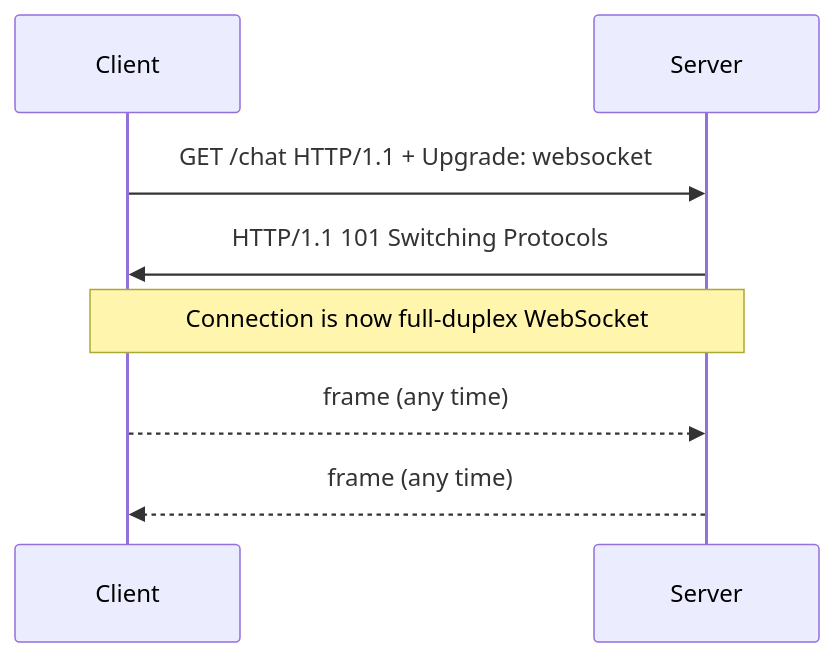
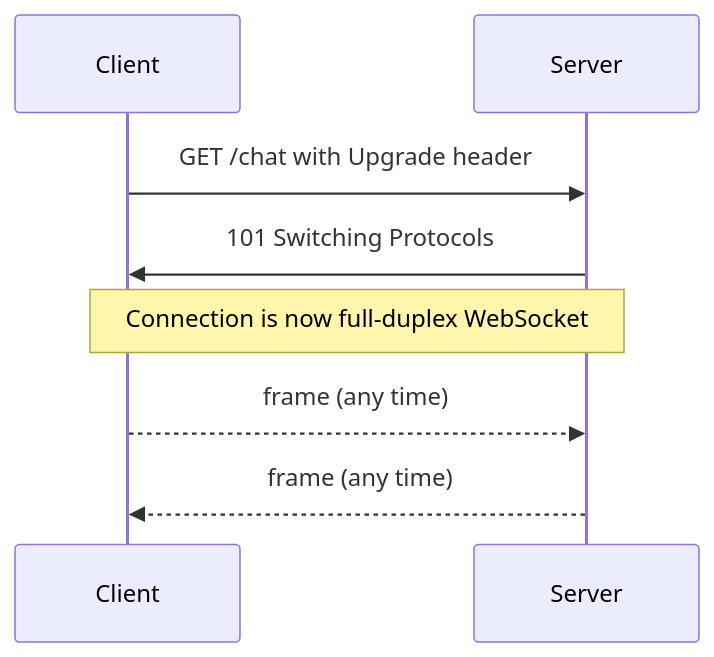
One commit to apolzek/apolzek.github.io changed the seventh of 9 diagrams in _posts/2026-05-29-the-networking-refresher.md. Above: the diagram before and after it, drawn with Mermaid. The commit also changed other lines of this file, not shown here.

First line of the commit message:
fix: make Mermaid diagrams render on the theme

````diff
--- a/_posts/2026-05-29-the-networking-refresher.md
+++ b/_posts/2026-05-29-the-networking-refresher.md
@@ -769,10 +772,10 @@
 ```mermaid
 sequenceDiagram
   participant C as Client
   participant S as Server
-  C->>S: GET /chat HTTP/1.1 + Upgrade: websocket
-  S->>C: HTTP/1.1 101 Switching Protocols
+  C->>S: GET /chat with Upgrade header
+  S->>C: 101 Switching Protocols
   Note over C,S: Connection is now full-duplex WebSocket
   C-->>S: frame (any time)
   S-->>C: frame (any time)
 ```
````
